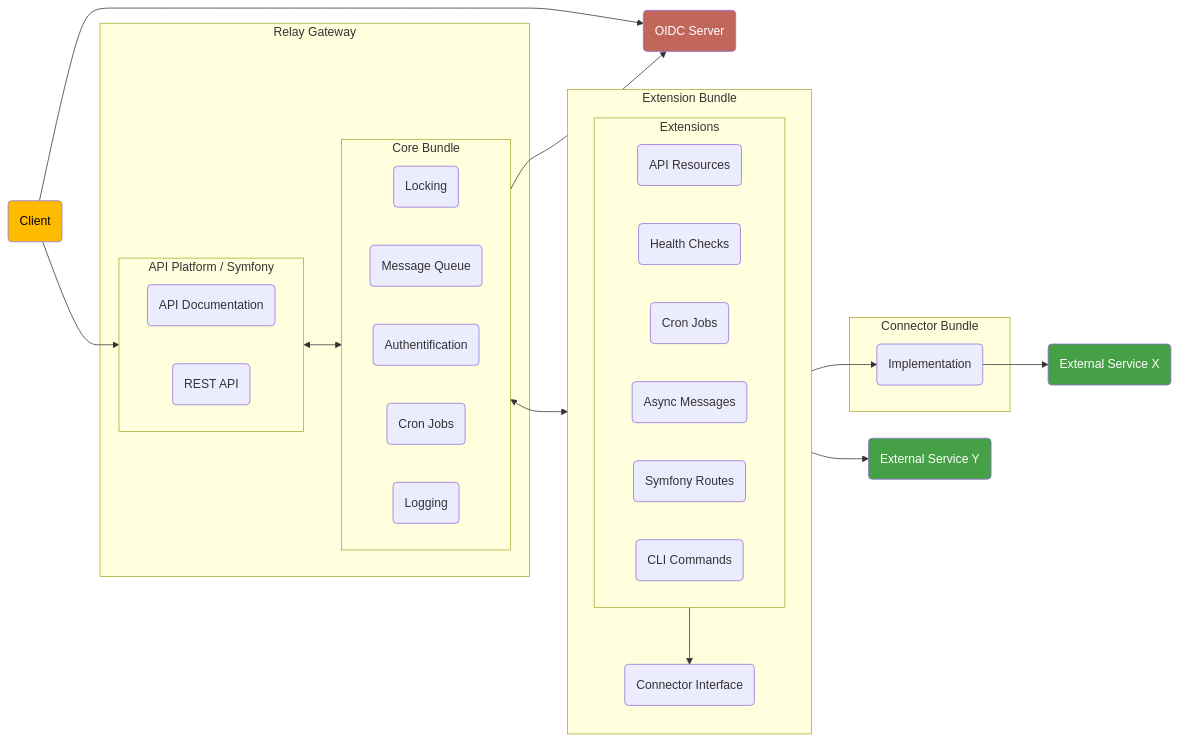
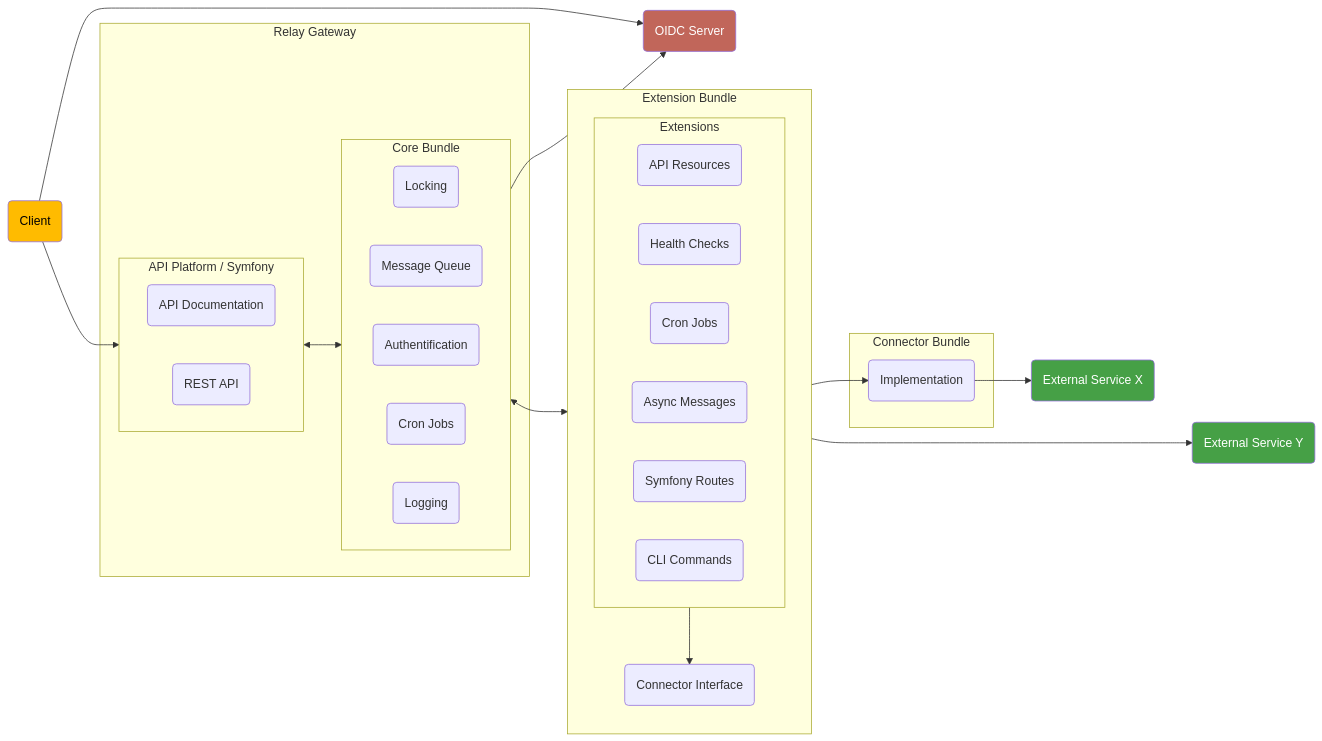
One commit to digital-blueprint/handbook changed the diagram in docs/frameworks/relay/dev/index.md. Above: the diagram before and after it, drawn with Mermaid.

Commit message:
Improve overview diagram.

````diff
--- a/docs/frameworks/relay/dev/index.md
+++ b/docs/frameworks/relay/dev/index.md
@@ -14,64 +14,64 @@
 ```mermaid
 flowchart LR
     style ext_service1 fill:#46A046,color:#fff
     style ext_service2 fill:#46A046,color:#fff
     style oidc_server fill:#C1665A,color:#fff
     style client fill:#FFBB00,color:#000
 
     client("Client")
     oidc_server("OIDC Server")
 
     subgraph "Relay Gateway"
 
         subgraph api_platform["API Platform / Symfony"]
             direction LR
             api_docs("API Documentation")
             api("REST API")
         end
 
         subgraph core_bundle["Core Bundle"]
             direction LR
             locking("Locking")
             message_queue("Message Queue")
             authentfication("Authentification")
             cron_jobs_management("Cron Jobs")
             logging("Logging")
         end
 
     end
 
     api_platform <--> core_bundle
 
     subgraph "Extension Bundle"
         direction TB
         connector_interface("Connector Interface")
 
         subgraph ext_apis["Extensions"]
             direction LR
             entities("API Resources")
             heath_checks("Health Checks")
             cron_jobs("Cron Jobs")
             async_message("Async Messages")
             routes("Symfony Routes")
             cli_commands("CLI Commands")
         end
 
         ext_apis --> connector_interface
     end
 
     subgraph "Connector Bundle"
         impl("Implementation")
     end
 
-    ext_apis --> ext_service2
+    ext_apis ----> ext_service2
     client --> api_platform
     client --> oidc_server
 
     core_bundle <--> ext_apis
     core_bundle --> oidc_server
     ext_service1("External Service X")
     ext_service2("External Service Y")
 
     impl --> ext_service1
     connector_interface --> impl
 ```
````
